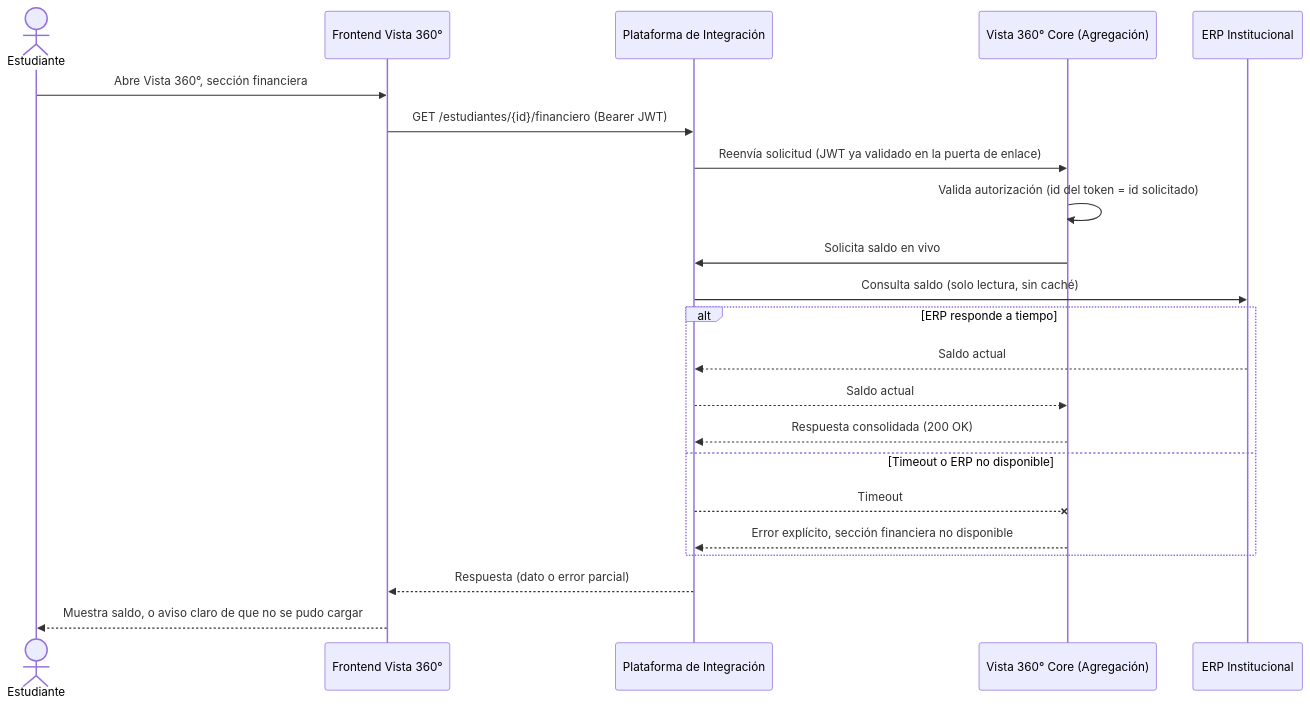
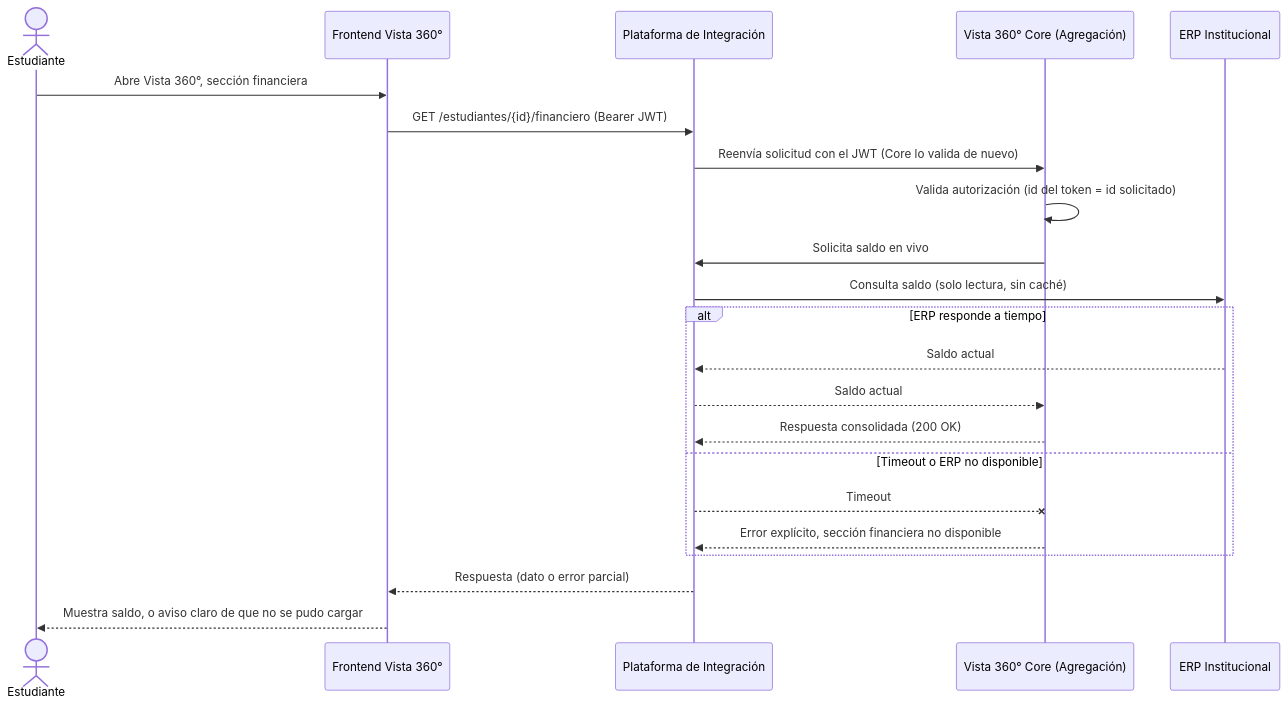
One commit to Juanpapb0401/Vista-360 changed the first of 2 diagrams in docs/04-parte-3.md. Above: the diagram before and after it, drawn with Mermaid. The commit also changed other lines of this file and 4 other files, not shown here.

````diff
--- a/docs/04-parte-3.md
+++ b/docs/04-parte-3.md
@@ -66,27 +68,27 @@
 ```mermaid
 sequenceDiagram
     actor EST as Estudiante
     participant FE as Frontend Vista 360°
     participant INT as Plataforma de Integración
     participant CORE as Vista 360° Core (Agregación)
     participant ERP as ERP Institucional
 
     EST->>FE: Abre Vista 360°, sección financiera
     FE->>INT: GET /estudiantes/{id}/financiero (Bearer JWT)
-    INT->>CORE: Reenvía solicitud (JWT ya validado en la puerta de enlace)
+    INT->>CORE: Reenvía solicitud con el JWT (Core lo valida de nuevo)
     CORE->>CORE: Valida autorización (id del token = id solicitado)
     CORE->>INT: Solicita saldo en vivo
     INT->>ERP: Consulta saldo (solo lectura, sin caché)
 
     alt ERP responde a tiempo
         ERP-->>INT: Saldo actual
         INT-->>CORE: Saldo actual
         CORE-->>INT: Respuesta consolidada (200 OK)
     else Timeout o ERP no disponible
         INT--xCORE: Timeout
         CORE-->>INT: Error explícito, sección financiera no disponible
     end
 
     INT-->>FE: Respuesta (dato o error parcial)
     FE-->>EST: Muestra saldo, o aviso claro de que no se pudo cargar
 ```
````
